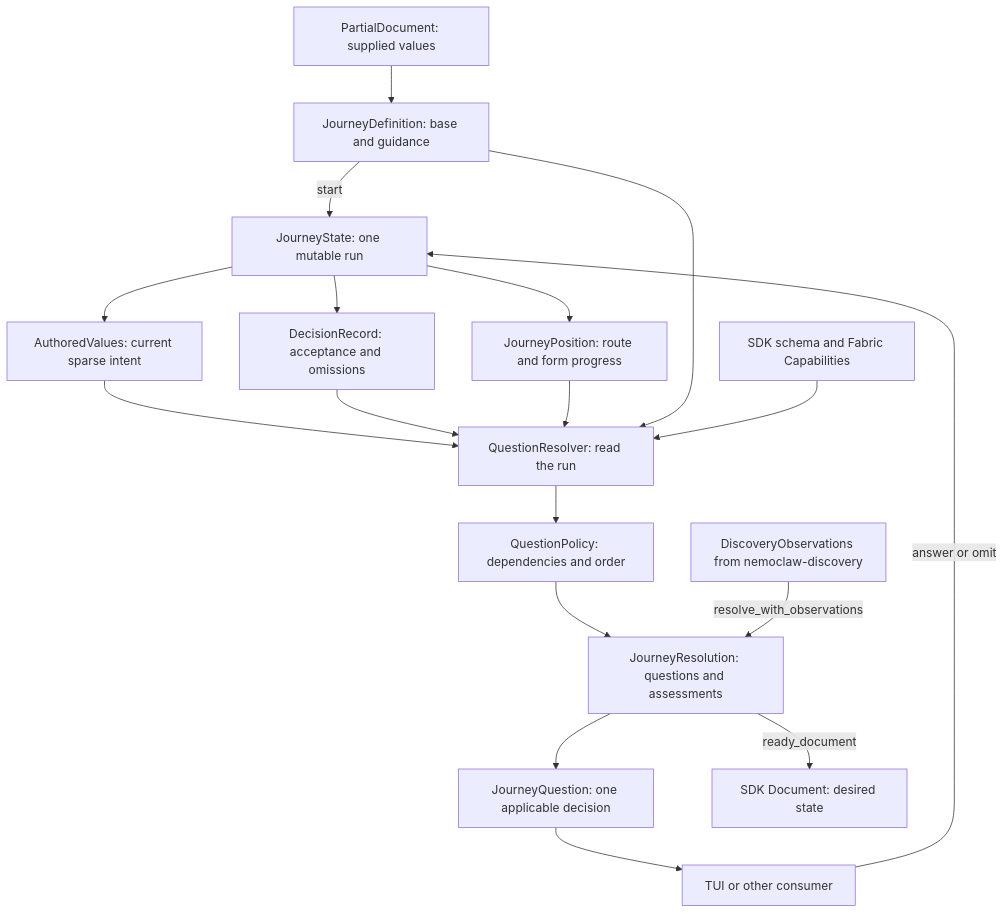
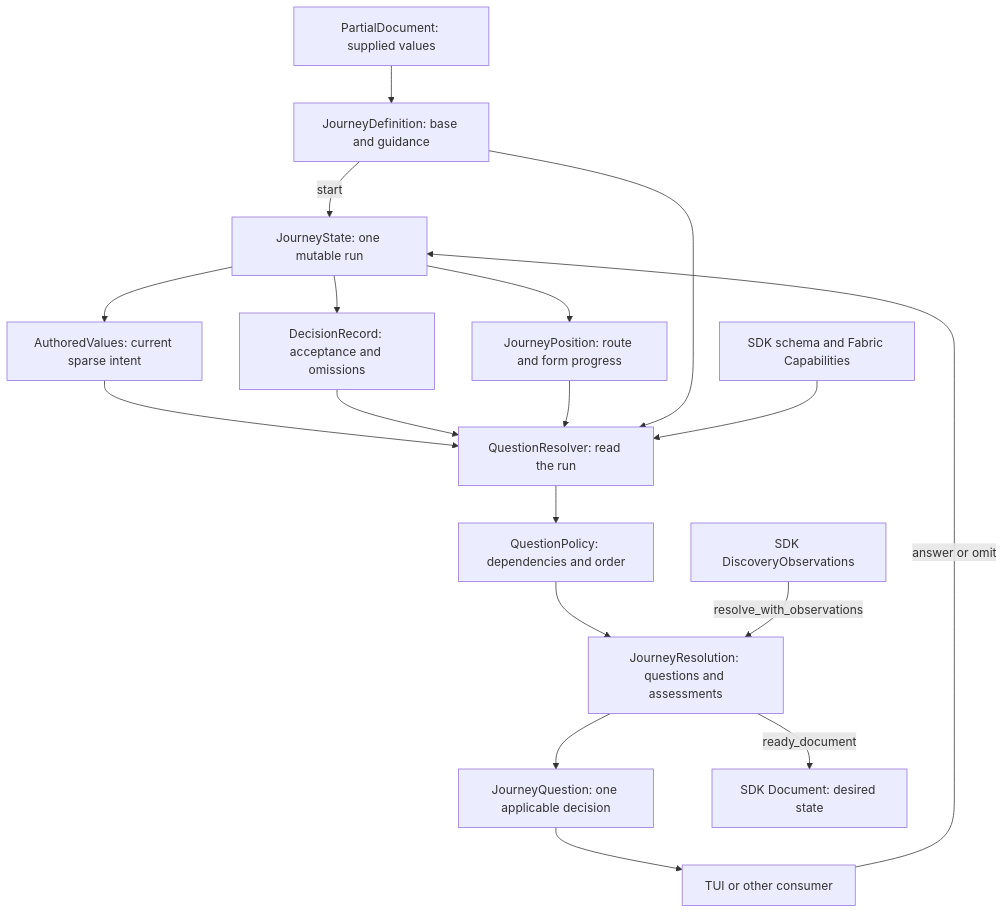
One commit to Adr1an04/NemoClaw changed the diagram in docs/design/authoring-domain.md. Above: the diagram before and after it, drawn with Mermaid. The commit also changed other lines of this file and 21 other files, not shown here.

First line of the commit message:
refactor(sdk): hold discovery observations beside their queries (#12686)

````diff
--- a/docs/design/authoring-domain.md
+++ b/docs/design/authoring-domain.md
@@ -14,20 +14,20 @@
 ```mermaid
 flowchart TD
     Base[PartialDocument: supplied values] --> Definition[JourneyDefinition: base and guidance]
     Definition -->|start| State[JourneyState: one mutable run]
     State --> Values[AuthoredValues: current sparse intent]
     State --> Decisions[DecisionRecord: acceptance and omissions]
     State --> Position[JourneyPosition: route and form progress]
     Values --> Resolver[QuestionResolver: read the run]
     Decisions --> Resolver
     Position --> Resolver
     Definition --> Resolver
     Rules[SDK schema and Fabric Capabilities] --> Resolver
     Resolver --> Policy[QuestionPolicy: dependencies and order]
     Policy --> Result[JourneyResolution: questions and assessments]
-    Observations[DiscoveryObservations from nemoclaw-discovery] -->|resolve_with_observations| Result
+    Observations[SDK DiscoveryObservations] -->|resolve_with_observations| Result
     Result --> Question[JourneyQuestion: one applicable decision]
     Question --> UI[TUI or other consumer]
     UI -->|answer or omit| State
     Result -->|ready_document| Document[SDK Document: desired state]
 ```
````
